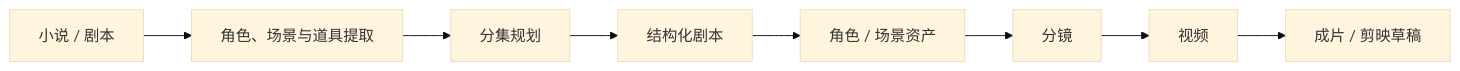
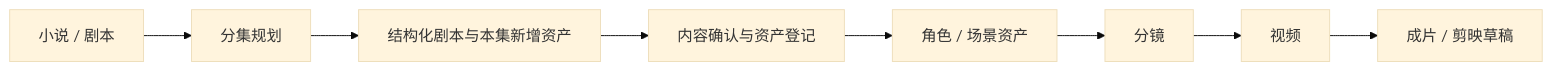
Before and after one commit to changzhangpp/ArcReel: the second of 3 diagrams in website/docs/guide/workflows.md, drawn with Mermaid (base theme). The commit also changed other lines of this file and 98 other files, not shown here.

````diff
--- a/website/docs/guide/workflows.md
+++ b/website/docs/guide/workflows.md
@@ -135,10 +135,10 @@
 ```mermaid
 flowchart LR
-    A["小说 / 剧本"] --> B["角色、场景与道具提取"]
-    B --> C["分集规划"]
-    C --> D["结构化剧本"]
+    A["小说 / 剧本"] --> B["分集规划"]
+    B --> C["结构化剧本与本集新增资产"]
+    C --> D["内容确认与资产登记"]
     D --> E["角色 / 场景资产"]
     E --> F["分镜"]
     F --> G["视频"]
     G --> H["成片 / 剪映草稿"]
 ```
````
